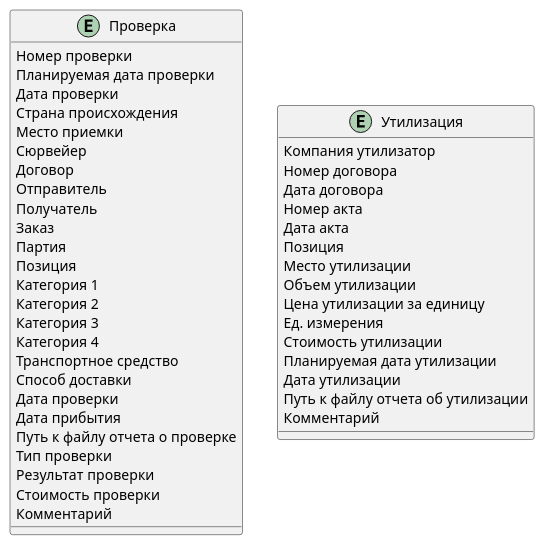
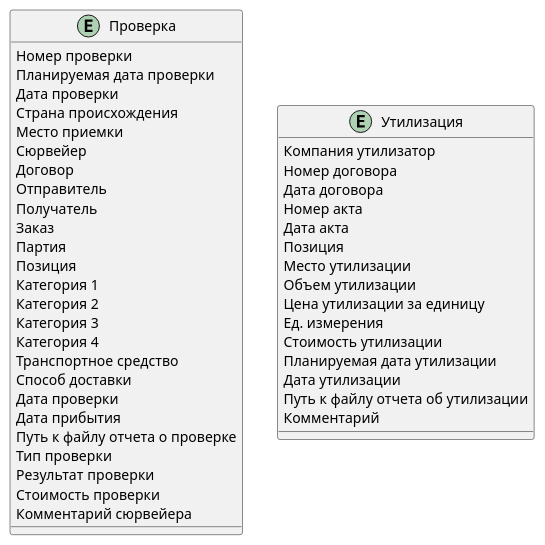
The diagram in 01_dwh_design/08_project/erd/inspections_initial.puml (rsnlearn/karpov_hard_de_40), drawn with PlantUML before and after one commit.

```diff
--- a/01_dwh_design/08_project/erd/inspections_initial.puml
+++ b/01_dwh_design/08_project/erd/inspections_initial.puml
@@ -1,54 +1,54 @@
 @startuml
 ' hide the spot
 ' hide circle
 
 ' avoid problems with angled crows feet
 skinparam linetype ortho
 
 entity Проверка {
 Номер проверки
 Планируемая дата проверки
 Дата проверки
 Страна происхождения
 Место приемки
 Сюрвейер
 Договор
 Отправитель
 Получатель
 Заказ
 Партия
 Позиция
 Категория 1
 Категория 2
 Категория 3
 Категория 4
 Транспортное средство
 Способ доставки
 Дата проверки
 Дата прибытия
 Путь к файлу отчета о проверке
 Тип проверки
 Результат проверки
 Стоимость проверки
-Комментарий
+Комментарий сюрвейера
 }
 
 entity Утилизация {
 Компания утилизатор
 Номер договора
 Дата договора
 Номер акта
 Дата акта
 Позиция
 Место утилизации
 Объем утилизации
 Цена утилизации за единицу
 Ед. измерения
 Стоимость утилизации
 Планируемая дата утилизации
 Дата утилизации
 Путь к файлу отчета об утилизации
 Комментарий
 }
 
 @enduml
```
